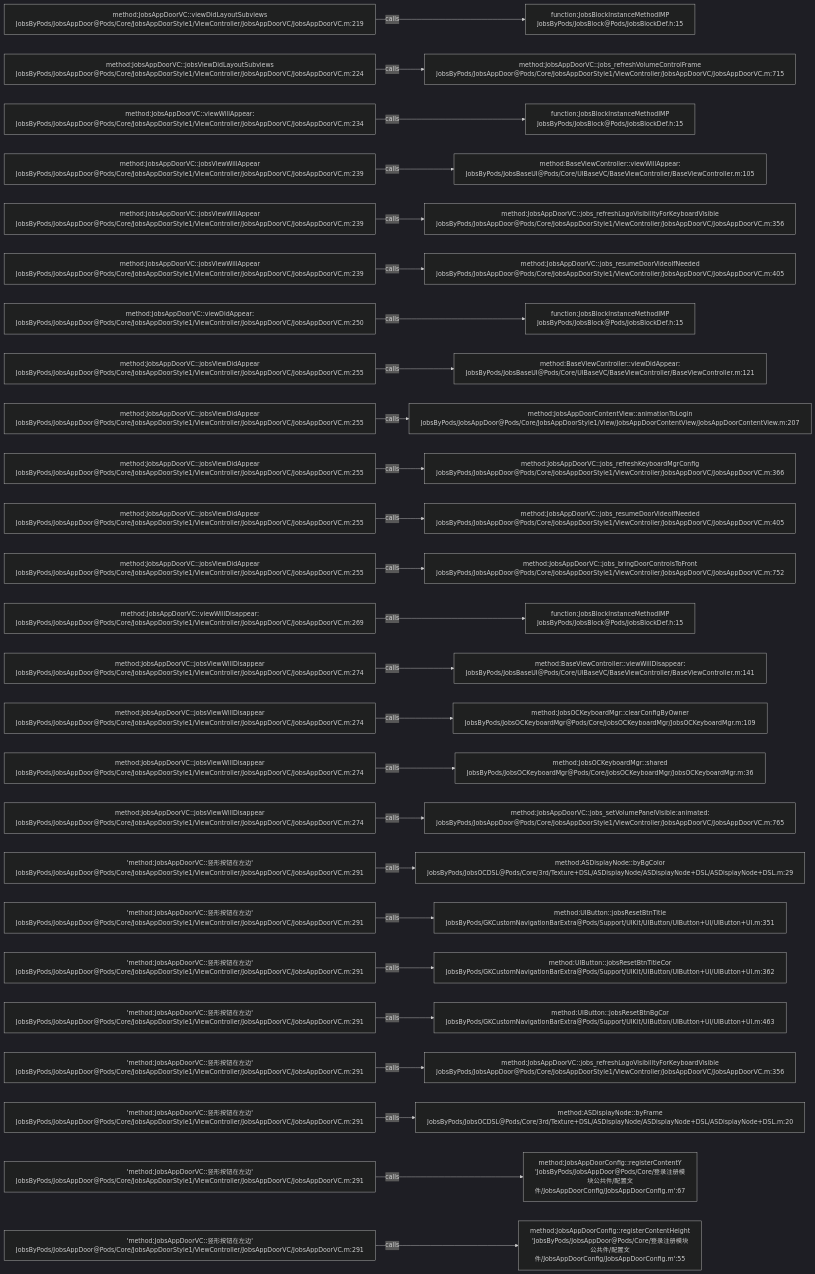
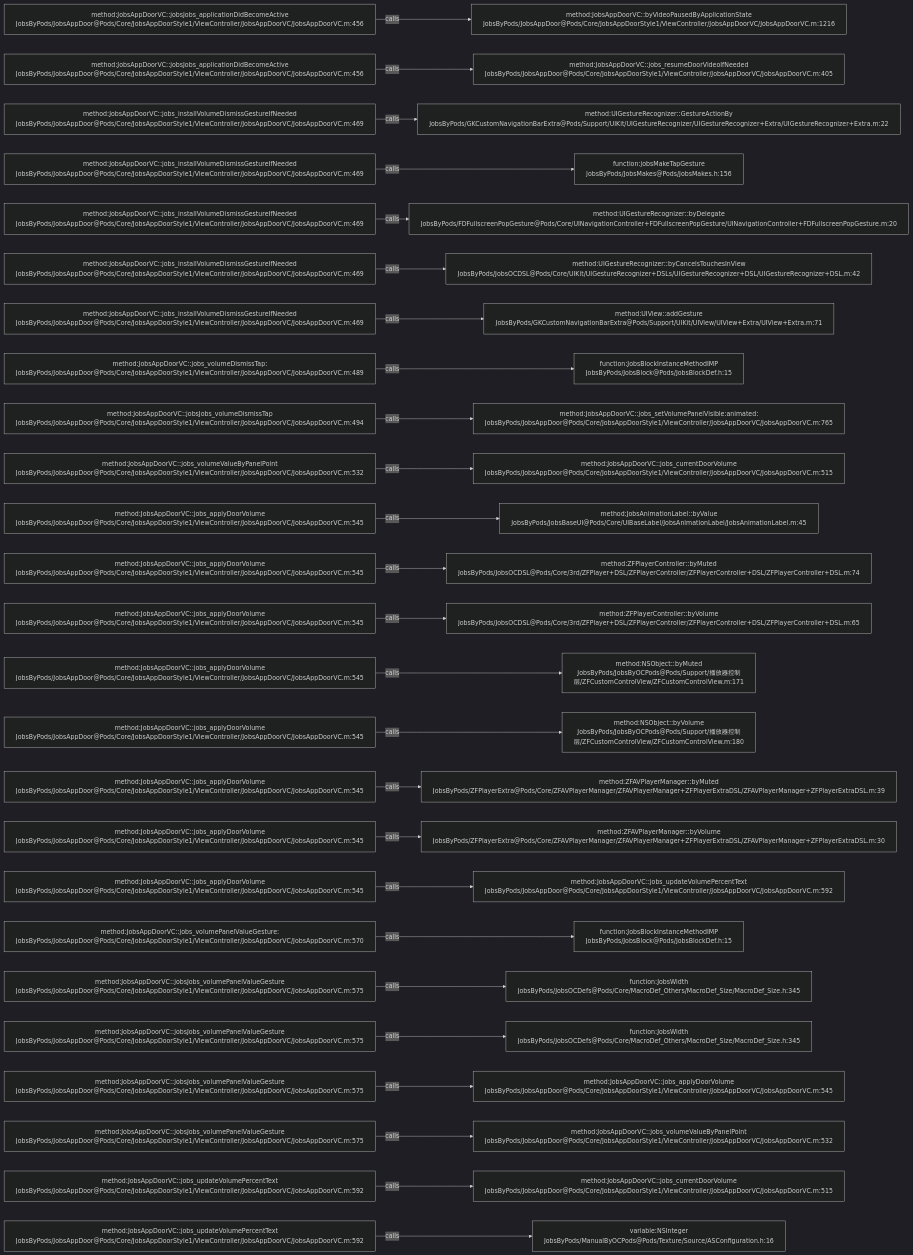
Before and after one commit to JobsKits/JobsOCBaseConfigDemo: the diagram in .codegraph/codegraph.md/graphs/calls-108.md, drawn with Mermaid (dark theme). The commit also changed 223 other files, not shown here.

````diff
--- a/.codegraph/codegraph.md/graphs/calls-108.md
+++ b/.codegraph/codegraph.md/graphs/calls-108.md
@@ -13,78 +13,78 @@
 ```mermaid
 flowchart LR
-  S1["method:JobsAppDoorVC::viewDidLayoutSubviews<br/>JobsByPods/JobsAppDoor@Pods/Core/JobsAppDoorStyle1/ViewController/JobsAppDoorVC/JobsAppDoorVC.m:219"]
-  T1["function:JobsBlockInstanceMethodIMP<br/>JobsByPods/JobsBlock@Pods/JobsBlockDef.h:15"]
+  S1["method:JobsAppDoorVC::jobsJobs_applicationDidBecomeActive<br/>JobsByPods/JobsAppDoor@Pods/Core/JobsAppDoorStyle1/ViewController/JobsAppDoorVC/JobsAppDoorVC.m:456"]
+  T1["method:JobsAppDoorVC::byVideoPausedByApplicationState<br/>JobsByPods/JobsAppDoor@Pods/Core/JobsAppDoorStyle1/ViewController/JobsAppDoorVC/JobsAppDoorVC.m:1216"]
   S1 -->|calls| T1
-  S2["method:JobsAppDoorVC::jobsViewDidLayoutSubviews<br/>JobsByPods/JobsAppDoor@Pods/Core/JobsAppDoorStyle1/ViewController/JobsAppDoorVC/JobsAppDoorVC.m:224"]
-  T2["method:JobsAppDoorVC::jobs_refreshVolumeControlFrame<br/>JobsByPods/JobsAppDoor@Pods/Core/JobsAppDoorStyle1/ViewController/JobsAppDoorVC/JobsAppDoorVC.m:715"]
+  S2["method:JobsAppDoorVC::jobsJobs_applicationDidBecomeActive<br/>JobsByPods/JobsAppDoor@Pods/Core/JobsAppDoorStyle1/ViewController/JobsAppDoorVC/JobsAppDoorVC.m:456"]
+  T2["method:JobsAppDoorVC::jobs_resumeDoorVideoIfNeeded<br/>JobsByPods/JobsAppDoor@Pods/Core/JobsAppDoorStyle1/ViewController/JobsAppDoorVC/JobsAppDoorVC.m:405"]
   S2 -->|calls| T2
-  S3["method:JobsAppDoorVC::viewWillAppear:<br/>JobsByPods/JobsAppDoor@Pods/Core/JobsAppDoorStyle1/ViewController/JobsAppDoorVC/JobsAppDoorVC.m:234"]
-  T3["function:JobsBlockInstanceMethodIMP<br/>JobsByPods/JobsBlock@Pods/JobsBlockDef.h:15"]
+  S3["method:JobsAppDoorVC::jobs_installVolumeDismissGestureIfNeeded<br/>JobsByPods/JobsAppDoor@Pods/Core/JobsAppDoorStyle1/ViewController/JobsAppDoorVC/JobsAppDoorVC.m:469"]
+  T3["method:UIGestureRecognizer::GestureActionBy<br/>JobsByPods/GKCustomNavigationBarExtra@Pods/Support/UIKit/UIGestureRecognizer/UIGestureRecognizer+Extra/UIGestureRecognizer+Extra.m:22"]
   S3 -->|calls| T3
-  S4["method:JobsAppDoorVC::jobsViewWillAppear<br/>JobsByPods/JobsAppDoor@Pods/Core/JobsAppDoorStyle1/ViewController/JobsAppDoorVC/JobsAppDoorVC.m:239"]
-  T4["method:BaseViewController::viewWillAppear:<br/>JobsByPods/JobsBaseUI@Pods/Core/UIBaseVC/BaseViewController/BaseViewController.m:105"]
+  S4["method:JobsAppDoorVC::jobs_installVolumeDismissGestureIfNeeded<br/>JobsByPods/JobsAppDoor@Pods/Core/JobsAppDoorStyle1/ViewController/JobsAppDoorVC/JobsAppDoorVC.m:469"]
+  T4["function:jobsMakeTapGesture<br/>JobsByPods/JobsMakes@Pods/JobsMakes.h:156"]
   S4 -->|calls| T4
-  S5["method:JobsAppDoorVC::jobsViewWillAppear<br/>JobsByPods/JobsAppDoor@Pods/Core/JobsAppDoorStyle1/ViewController/JobsAppDoorVC/JobsAppDoorVC.m:239"]
-  T5["method:JobsAppDoorVC::jobs_refreshLogoVisibilityForKeyboardVisible<br/>JobsByPods/JobsAppDoor@Pods/Core/JobsAppDoorStyle1/ViewController/JobsAppDoorVC/JobsAppDoorVC.m:356"]
+  S5["method:JobsAppDoorVC::jobs_installVolumeDismissGestureIfNeeded<br/>JobsByPods/JobsAppDoor@Pods/Core/JobsAppDoorStyle1/ViewController/JobsAppDoorVC/JobsAppDoorVC.m:469"]
+  T5["method:UIGestureRecognizer::byDelegate<br/>JobsByPods/FDFullscreenPopGesture@Pods/Core/UINavigationController+FDFullscreenPopGesture/UINavigationController+FDFullscreenPopGesture.m:20"]
   S5 -->|calls| T5
-  S6["method:JobsAppDoorVC::jobsViewWillAppear<br/>JobsByPods/JobsAppDoor@Pods/Core/JobsAppDoorStyle1/ViewController/JobsAppDoorVC/JobsAppDoorVC.m:239"]
-  T6["method:JobsAppDoorVC::jobs_resumeDoorVideoIfNeeded<br/>JobsByPods/JobsAppDoor@Pods/Core/JobsAppDoorStyle1/ViewController/JobsAppDoorVC/JobsAppDoorVC.m:405"]
+  S6["method:JobsAppDoorVC::jobs_installVolumeDismissGestureIfNeeded<br/>JobsByPods/JobsAppDoor@Pods/Core/JobsAppDoorStyle1/ViewController/JobsAppDoorVC/JobsAppDoorVC.m:469"]
+  T6["method:UIGestureRecognizer::byCancelsTouchesInView<br/>JobsByPods/JobsOCDSL@Pods/Core/UIKit/UIGestureRecognizer+DSLs/UIGestureRecognizer+DSL/UIGestureRecognizer+DSL.m:42"]
   S6 -->|calls| T6
-  S7["method:JobsAppDoorVC::viewDidAppear:<br/>JobsByPods/JobsAppDoor@Pods/Core/JobsAppDoorStyle1/ViewController/JobsAppDoorVC/JobsAppDoorVC.m:250"]
-  T7["function:JobsBlockInstanceMethodIMP<br/>JobsByPods/JobsBlock@Pods/JobsBlockDef.h:15"]
+  S7["method:JobsAppDoorVC::jobs_installVolumeDismissGestureIfNeeded<br/>JobsByPods/JobsAppDoor@Pods/Core/JobsAppDoorStyle1/ViewController/JobsAppDoorVC/JobsAppDoorVC.m:469"]
+  T7["method:UIView::addGesture<br/>JobsByPods/GKCustomNavigationBarExtra@Pods/Support/UIKit/UIView/UIView+Extra/UIView+Extra.m:71"]
   S7 -->|calls| T7
-  S8["method:JobsAppDoorVC::jobsViewDidAppear<br/>JobsByPods/JobsAppDoor@Pods/Core/JobsAppDoorStyle1/ViewController/JobsAppDoorVC/JobsAppDoorVC.m:255"]
-  T8["method:BaseViewController::viewDidAppear:<br/>JobsByPods/JobsBaseUI@Pods/Core/UIBaseVC/BaseViewController/BaseViewController.m:121"]
+  S8["method:JobsAppDoorVC::jobs_volumeDismissTap:<br/>JobsByPods/JobsAppDoor@Pods/Core/JobsAppDoorStyle1/ViewController/JobsAppDoorVC/JobsAppDoorVC.m:489"]
+  T8["function:JobsBlockInstanceMethodIMP<br/>JobsByPods/JobsBlock@Pods/JobsBlockDef.h:15"]
   S8 -->|calls| T8
-  S9["method:JobsAppDoorVC::jobsViewDidAppear<br/>JobsByPods/JobsAppDoor@Pods/Core/JobsAppDoorStyle1/ViewController/JobsAppDoorVC/JobsAppDoorVC.m:255"]
-  T9["method:JobsAppDoorContentView::animationToLogin<br/>JobsByPods/JobsAppDoor@Pods/Core/JobsAppDoorStyle1/View/JobsAppDoorContentView/JobsAppDoorContentView.m:207"]
+  S9["method:JobsAppDoorVC::jobsJobs_volumeDismissTap<br/>JobsByPods/JobsAppDoor@Pods/Core/JobsAppDoorStyle1/ViewController/JobsAppDoorVC/JobsAppDoorVC.m:494"]
+  T9["method:JobsAppDoorVC::jobs_setVolumePanelVisible:animated:<br/>JobsByPods/JobsAppDoor@Pods/Core/JobsAppDoorStyle1/ViewController/JobsAppDoorVC/JobsAppDoorVC.m:765"]
   S9 -->|calls| T9
-  S10["method:JobsAppDoorVC::jobsViewDidAppear<br/>JobsByPods/JobsAppDoor@Pods/Core/JobsAppDoorStyle1/ViewController/JobsAppDoorVC/JobsAppDoorVC.m:255"]
-  T10["method:JobsAppDoorVC::jobs_refreshKeyboardMgrConfig<br/>JobsByPods/JobsAppDoor@Pods/Core/JobsAppDoorStyle1/ViewController/JobsAppDoorVC/JobsAppDoorVC.m:366"]
+  S10["method:JobsAppDoorVC::jobs_volumeValueByPanelPoint<br/>JobsByPods/JobsAppDoor@Pods/Core/JobsAppDoorStyle1/ViewController/JobsAppDoorVC/JobsAppDoorVC.m:532"]
+  T10["method:JobsAppDoorVC::jobs_currentDoorVolume<br/>JobsByPods/JobsAppDoor@Pods/Core/JobsAppDoorStyle1/ViewController/JobsAppDoorVC/JobsAppDoorVC.m:515"]
   S10 -->|calls| T10
-  S11["method:JobsAppDoorVC::jobsViewDidAppear<br/>JobsByPods/JobsAppDoor@Pods/Core/JobsAppDoorStyle1/ViewController/JobsAppDoorVC/JobsAppDoorVC.m:255"]
-  T11["method:JobsAppDoorVC::jobs_resumeDoorVideoIfNeeded<br/>JobsByPods/JobsAppDoor@Pods/Core/JobsAppDoorStyle1/ViewController/JobsAppDoorVC/JobsAppDoorVC.m:405"]
+  S11["method:JobsAppDoorVC::jobs_applyDoorVolume<br/>JobsByPods/JobsAppDoor@Pods/Core/JobsAppDoorStyle1/ViewController/JobsAppDoorVC/JobsAppDoorVC.m:545"]
+  T11["method:JobsAnimationLabel::byValue<br/>JobsByPods/JobsBaseUI@Pods/Core/UIBaseLabel/JobsAnimationLabel/JobsAnimationLabel.m:45"]
   S11 -->|calls| T11
-  S12["method:JobsAppDoorVC::jobsViewDidAppear<br/>JobsByPods/JobsAppDoor@Pods/Core/JobsAppDoorStyle1/ViewController/JobsAppDoorVC/JobsAppDoorVC.m:255"]
-  T12["method:JobsAppDoorVC::jobs_bringDoorControlsToFront<br/>JobsByPods/JobsAppDoor@Pods/Core/JobsAppDoorStyle1/ViewController/JobsAppDoorVC/JobsAppDoorVC.m:752"]
+  S12["method:JobsAppDoorVC::jobs_applyDoorVolume<br/>JobsByPods/JobsAppDoor@Pods/Core/JobsAppDoorStyle1/ViewController/JobsAppDoorVC/JobsAppDoorVC.m:545"]
+  T12["method:ZFPlayerController::byMuted<br/>JobsByPods/JobsOCDSL@Pods/Core/3rd/ZFPlayer+DSL/ZFPlayerController/ZFPlayerController+DSL/ZFPlayerController+DSL.m:74"]
   S12 -->|calls| T12
-  S13["method:JobsAppDoorVC::viewWillDisappear:<br/>JobsByPods/JobsAppDoor@Pods/Core/JobsAppDoorStyle1/ViewController/JobsAppDoorVC/JobsAppDoorVC.m:269"]
-  T13["function:JobsBlockInstanceMethodIMP<br/>JobsByPods/JobsBlock@Pods/JobsBlockDef.h:15"]
+  S13["method:JobsAppDoorVC::jobs_applyDoorVolume<br/>JobsByPods/JobsAppDoor@Pods/Core/JobsAppDoorStyle1/ViewController/JobsAppDoorVC/JobsAppDoorVC.m:545"]
+  T13["method:ZFPlayerController::byVolume<br/>JobsByPods/JobsOCDSL@Pods/Core/3rd/ZFPlayer+DSL/ZFPlayerController/ZFPlayerController+DSL/ZFPlayerController+DSL.m:65"]
   S13 -->|calls| T13
-  S14["method:JobsAppDoorVC::jobsViewWillDisappear<br/>JobsByPods/JobsAppDoor@Pods/Core/JobsAppDoorStyle1/ViewController/JobsAppDoorVC/JobsAppDoorVC.m:274"]
-  T14["method:BaseViewController::viewWillDisappear:<br/>JobsByPods/JobsBaseUI@Pods/Core/UIBaseVC/BaseViewController/BaseViewController.m:141"]
+  S14["method:JobsAppDoorVC::jobs_applyDoorVolume<br/>JobsByPods/JobsAppDoor@Pods/Core/JobsAppDoorStyle1/ViewController/JobsAppDoorVC/JobsAppDoorVC.m:545"]
+  T14["method:NSObject::byMuted<br/>JobsByPods/JobsByOCPods@Pods/Support/播放器控制层/ZFCustomControlView/ZFCustomControlView.m:171"]
   S14 -->|calls| T14
-  S15["method:JobsAppDoorVC::jobsViewWillDisappear<br/>JobsByPods/JobsAppDoor@Pods/Core/JobsAppDoorStyle1/ViewController/JobsAppDoorVC/JobsAppDoorVC.m:274"]
-  T15["method:JobsOCKeyboardMgr::clearConfigByOwner<br/>JobsByPods/JobsOCKeyboardMgr@Pods/Core/JobsOCKeyboardMgr/JobsOCKeyboardMgr.m:109"]
+  S15["method:JobsAppDoorVC::jobs_applyDoorVolume<br/>JobsByPods/JobsAppDoor@Pods/Core/JobsAppDoorStyle1/ViewController/JobsAppDoorVC/JobsAppDoorVC.m:545"]
+  T15["method:NSObject::byVolume<br/>JobsByPods/JobsByOCPods@Pods/Support/播放器控制层/ZFCustomControlView/ZFCustomControlView.m:180"]
   S15 -->|calls| T15
-  S16["method:JobsAppDoorVC::jobsViewWillDisappear<br/>JobsByPods/JobsAppDoor@Pods/Core/JobsAppDoorStyle1/ViewController/JobsAppDoorVC/JobsAppDoorVC.m:274"]
-  T16["method:JobsOCKeyboardMgr::shared<br/>JobsByPods/JobsOCKeyboardMgr@Pods/Core/JobsOCKeyboardMgr/JobsOCKeyboardMgr.m:36"]
+  S16["method:JobsAppDoorVC::jobs_applyDoorVolume<br/>JobsByPods/JobsAppDoor@Pods/Core/JobsAppDoorStyle1/ViewController/JobsAppDoorVC/JobsAppDoorVC.m:545"]
+  T16["method:ZFAVPlayerManager::byMuted<br/>JobsByPods/ZFPlayerExtra@Pods/Core/ZFAVPlayerManager/ZFAVPlayerManager+ZFPlayerExtraDSL/ZFAVPlayerManager+ZFPlayerExtraDSL.m:39"]
   S16 -->|calls| T16
-  S17["method:JobsAppDoorVC::jobsViewWillDisappear<br/>JobsByPods/JobsAppDoor@Pods/Core/JobsAppDoorStyle1/ViewController/JobsAppDoorVC/JobsAppDoorVC.m:274"]
-  T17["method:JobsAppDoorVC::jobs_setVolumePanelVisible:animated:<br/>JobsByPods/JobsAppDoor@Pods/Core/JobsAppDoorStyle1/ViewController/JobsAppDoorVC/JobsAppDoorVC.m:765"]
+  S17["method:JobsAppDoorVC::jobs_applyDoorVolume<br/>JobsByPods/JobsAppDoor@Pods/Core/JobsAppDoorStyle1/ViewController/JobsAppDoorVC/JobsAppDoorVC.m:545"]
+  T17["method:ZFAVPlayerManager::byVolume<br/>JobsByPods/ZFPlayerExtra@Pods/Core/ZFAVPlayerManager/ZFAVPlayerManager+ZFPlayerExtraDSL/ZFAVPlayerManager+ZFPlayerExtraDSL.m:30"]
   S17 -->|calls| T17
-  S18["'method:JobsAppDoorVC::竖形按钮在左边'<br/>JobsByPods/JobsAppDoor@Pods/Core/JobsAppDoorStyle1/ViewController/JobsAppDoorVC/JobsAppDoorVC.m:291"]
-  T18["method:ASDisplayNode::byBgColor<br/>JobsByPods/JobsOCDSL@Pods/Core/3rd/Texture+DSL/ASDisplayNode/ASDisplayNode+DSL/ASDisplayNode+DSL.m:29"]
+  S18["method:JobsAppDoorVC::jobs_applyDoorVolume<br/>JobsByPods/JobsAppDoor@Pods/Core/JobsAppDoorStyle1/ViewController/JobsAppDoorVC/JobsAppDoorVC.m:545"]
+  T18["method:JobsAppDoorVC::jobs_updateVolumePercentText<br/>JobsByPods/JobsAppDoor@Pods/Core/JobsAppDoorStyle1/ViewController/JobsAppDoorVC/JobsAppDoorVC.m:592"]
   S18 -->|calls| T18
-  S19["'method:JobsAppDoorVC::竖形按钮在左边'<br/>JobsByPods/JobsAppDoor@Pods/Core/JobsAppDoorStyle1/ViewController/JobsAppDoorVC/JobsAppDoorVC.m:291"]
-  T19["method:UIButton::jobsResetBtnTitle<br/>JobsByPods/GKCustomNavigationBarExtra@Pods/Support/UIKit/UIButton/UIButton+UI/UIButton+UI.m:351"]
+  S19["method:JobsAppDoorVC::jobs_volumePanelValueGesture:<br/>JobsByPods/JobsAppDoor@Pods/Core/JobsAppDoorStyle1/ViewController/JobsAppDoorVC/JobsAppDoorVC.m:570"]
+  T19["function:JobsBlockInstanceMethodIMP<br/>JobsByPods/JobsBlock@Pods/JobsBlockDef.h:15"]
   S19 -->|calls| T19
-  S20["'method:JobsAppDoorVC::竖形按钮在左边'<br/>JobsByPods/JobsAppDoor@Pods/Core/JobsAppDoorStyle1/ViewController/JobsAppDoorVC/JobsAppDoorVC.m:291"]
-  T20["method:UIButton::jobsResetBtnTitleCor<br/>JobsByPods/GKCustomNavigationBarExtra@Pods/Support/UIKit/UIButton/UIButton+UI/UIButton+UI.m:362"]
+  S20["method:JobsAppDoorVC::jobsJobs_volumePanelValueGesture<br/>JobsByPods/JobsAppDoor@Pods/Core/JobsAppDoorStyle1/ViewController/JobsAppDoorVC/JobsAppDoorVC.m:575"]
+  T20["function:JobsWidth<br/>JobsByPods/JobsOCDefs@Pods/Core/MacroDef_Others/MacroDef_Size/MacroDef_Size.h:345"]
   S20 -->|calls| T20
-  S21["'method:JobsAppDoorVC::竖形按钮在左边'<br/>JobsByPods/JobsAppDoor@Pods/Core/JobsAppDoorStyle1/ViewController/JobsAppDoorVC/JobsAppDoorVC.m:291"]
-  T21["method:UIButton::jobsResetBtnBgCor<br/>JobsByPods/GKCustomNavigationBarExtra@Pods/Support/UIKit/UIButton/UIButton+UI/UIButton+UI.m:463"]
+  S21["method:JobsAppDoorVC::jobsJobs_volumePanelValueGesture<br/>JobsByPods/JobsAppDoor@Pods/Core/JobsAppDoorStyle1/ViewController/JobsAppDoorVC/JobsAppDoorVC.m:575"]
+  T21["function:JobsWidth<br/>JobsByPods/JobsOCDefs@Pods/Core/MacroDef_Others/MacroDef_Size/MacroDef_Size.h:345"]
   S21 -->|calls| T21
-  S22["'method:JobsAppDoorVC::竖形按钮在左边'<br/>JobsByPods/JobsAppDoor@Pods/Core/JobsAppDoorStyle1/ViewController/JobsAppDoorVC/JobsAppDoorVC.m:291"]
-  T22["method:JobsAppDoorVC::jobs_refreshLogoVisibilityForKeyboardVisible<br/>JobsByPods/JobsAppDoor@Pods/Core/JobsAppDoorStyle1/ViewController/JobsAppDoorVC/JobsAppDoorVC.m:356"]
+  S22["method:JobsAppDoorVC::jobsJobs_volumePanelValueGesture<br/>JobsByPods/JobsAppDoor@Pods/Core/JobsAppDoorStyle1/ViewController/JobsAppDoorVC/JobsAppDoorVC.m:575"]
+  T22["method:JobsAppDoorVC::jobs_applyDoorVolume<br/>JobsByPods/JobsAppDoor@Pods/Core/JobsAppDoorStyle1/ViewController/JobsAppDoorVC/JobsAppDoorVC.m:545"]
   S22 -->|calls| T22
-  S23["'method:JobsAppDoorVC::竖形按钮在左边'<br/>JobsByPods/JobsAppDoor@Pods/Core/JobsAppDoorStyle1/ViewController/JobsAppDoorVC/JobsAppDoorVC.m:291"]
-  T23["method:ASDisplayNode::byFrame<br/>JobsByPods/JobsOCDSL@Pods/Core/3rd/Texture+DSL/ASDisplayNode/ASDisplayNode+DSL/ASDisplayNode+DSL.m:20"]
+  S23["method:JobsAppDoorVC::jobsJobs_volumePanelValueGesture<br/>JobsByPods/JobsAppDoor@Pods/Core/JobsAppDoorStyle1/ViewController/JobsAppDoorVC/JobsAppDoorVC.m:575"]
+  T23["method:JobsAppDoorVC::jobs_volumeValueByPanelPoint<br/>JobsByPods/JobsAppDoor@Pods/Core/JobsAppDoorStyle1/ViewController/JobsAppDoorVC/JobsAppDoorVC.m:532"]
   S23 -->|calls| T23
-  S24["'method:JobsAppDoorVC::竖形按钮在左边'<br/>JobsByPods/JobsAppDoor@Pods/Core/JobsAppDoorStyle1/ViewController/JobsAppDoorVC/JobsAppDoorVC.m:291"]
-  T24["method:JobsAppDoorConfig::registerContentY<br/>'JobsByPods/JobsAppDoor@Pods/Core/登录注册模块公共件/配置文件/JobsAppDoorConfig/JobsAppDoorConfig.m':67"]
+  S24["method:JobsAppDoorVC::jobs_updateVolumePercentText<br/>JobsByPods/JobsAppDoor@Pods/Core/JobsAppDoorStyle1/ViewController/JobsAppDoorVC/JobsAppDoorVC.m:592"]
+  T24["method:JobsAppDoorVC::jobs_currentDoorVolume<br/>JobsByPods/JobsAppDoor@Pods/Core/JobsAppDoorStyle1/ViewController/JobsAppDoorVC/JobsAppDoorVC.m:515"]
   S24 -->|calls| T24
-  S25["'method:JobsAppDoorVC::竖形按钮在左边'<br/>JobsByPods/JobsAppDoor@Pods/Core/JobsAppDoorStyle1/ViewController/JobsAppDoorVC/JobsAppDoorVC.m:291"]
-  T25["method:JobsAppDoorConfig::registerContentHeight<br/>'JobsByPods/JobsAppDoor@Pods/Core/登录注册模块公共件/配置文件/JobsAppDoorConfig/JobsAppDoorConfig.m':55"]
+  S25["method:JobsAppDoorVC::jobs_updateVolumePercentText<br/>JobsByPods/JobsAppDoor@Pods/Core/JobsAppDoorStyle1/ViewController/JobsAppDoorVC/JobsAppDoorVC.m:592"]
+  T25["variable:NSInteger<br/>JobsByPods/ManualByOCPods@Pods/Texture/Source/ASConfiguration.h:16"]
   S25 -->|calls| T25
 ```
````
